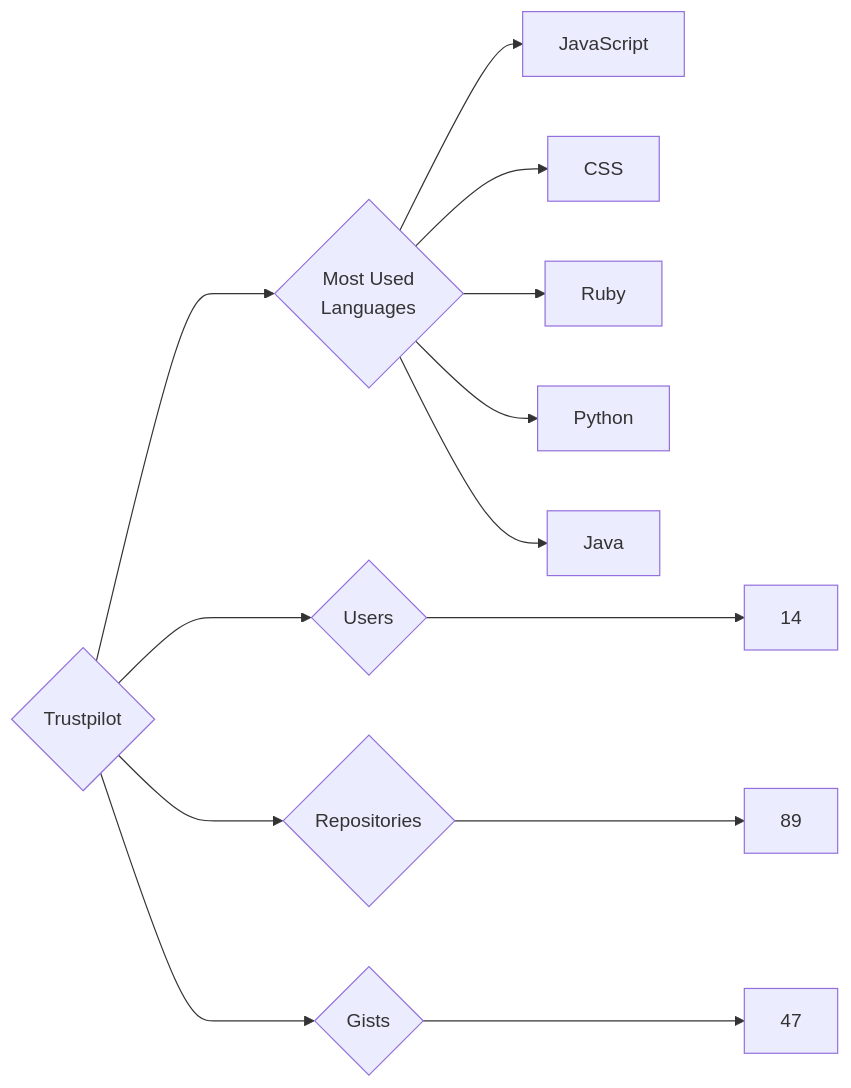
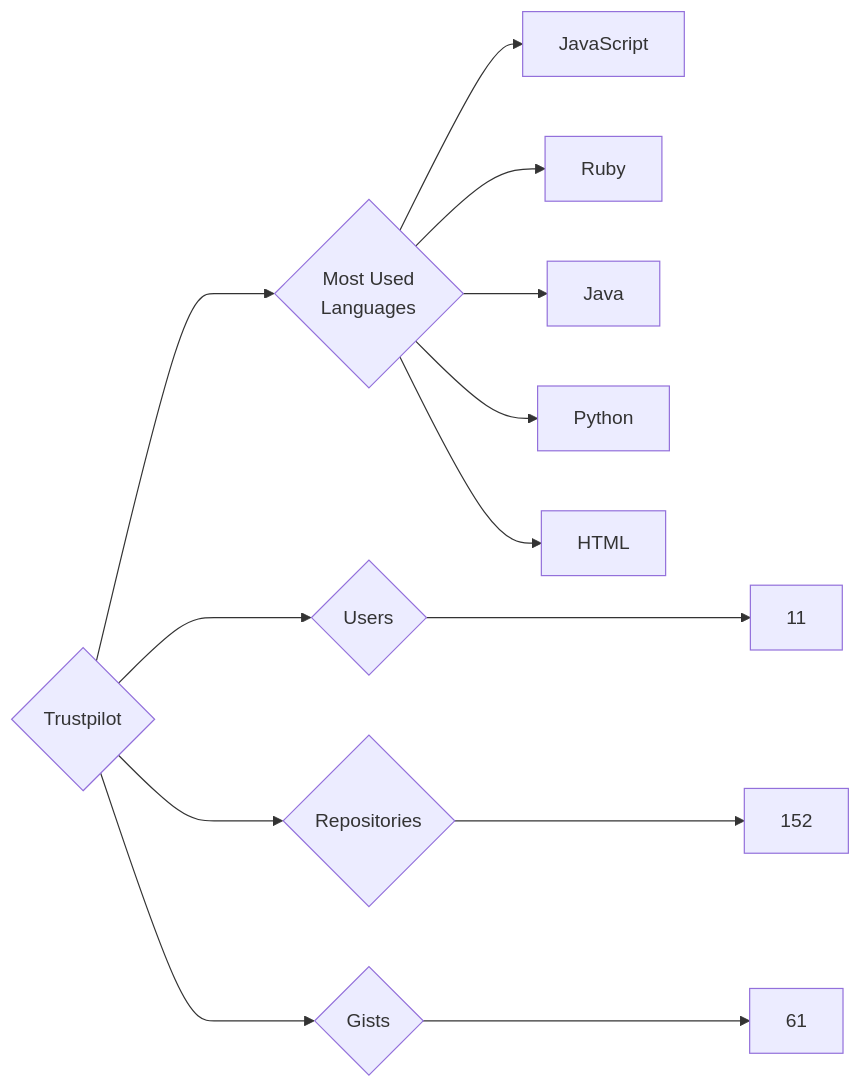
One commit to trickest/insiders changed the diagram in targets/Trustpilot/README.md. Above: the diagram before and after it, drawn with Mermaid. The commit also changed 970 other files, not shown here.

````diff
--- a/targets/Trustpilot/README.md
+++ b/targets/Trustpilot/README.md
@@ -3,13 +3,13 @@
 ```mermaid
 graph LR
 COMPANY_NAME{Trustpilot}
-COMPANY_NAME ---> U{Users} ---> UN[14]
-COMPANY_NAME ---> R{Repositories} ---> RN[89]
-COMPANY_NAME ---> G{Gists} ---> GN[47]
+COMPANY_NAME ---> U{Users} ---> UN[11]
+COMPANY_NAME ---> R{Repositories} ---> RN[152]
+COMPANY_NAME ---> G{Gists} ---> GN[61]
 COMPANY_NAME ---> ML{Most Used<br>Languages}
 ML --> JavaScript[JavaScript]
-ML --> CSS[CSS]
 ML --> Ruby[Ruby]
+ML --> Java[Java]
 ML --> Python[Python]
-ML --> Java[Java]
+ML --> HTML[HTML]
 ```
````
